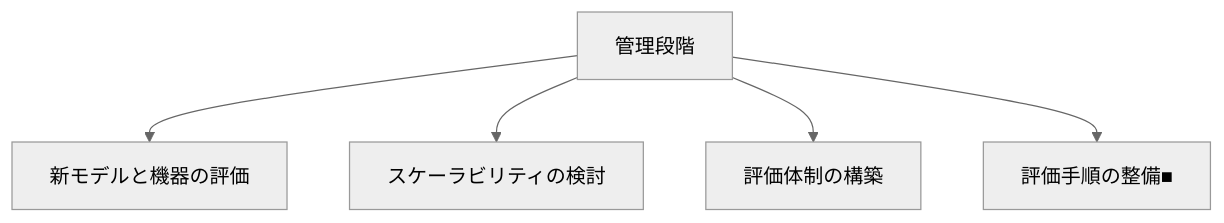
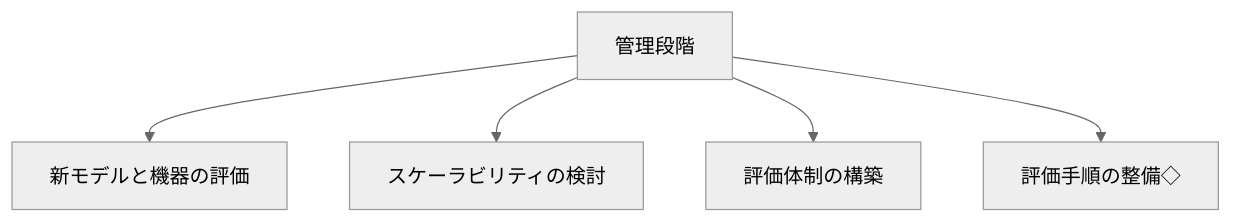
One commit to SparklingDetergent/doc_genai_Using_Generative_AI_with_Mac_Mini_-Introduction- changed diagram 13 of 14 in README.md. Above: the diagram before and after it, drawn with Mermaid (neutral theme). The commit also changed other lines of this file, not shown here.

````diff
--- a/README.md
+++ b/README.md
@@ -246,7 +246,7 @@
 ```mermaid
 graph TD
     A[管理段階] --> B[新モデルと機器の評価]
     A --> C[スケーラビリティの検討]
     A --> D[評価体制の構築]
-    A --> E[評価手順の整備■]
+    A --> E[評価手順の整備◇]
 ```
````
